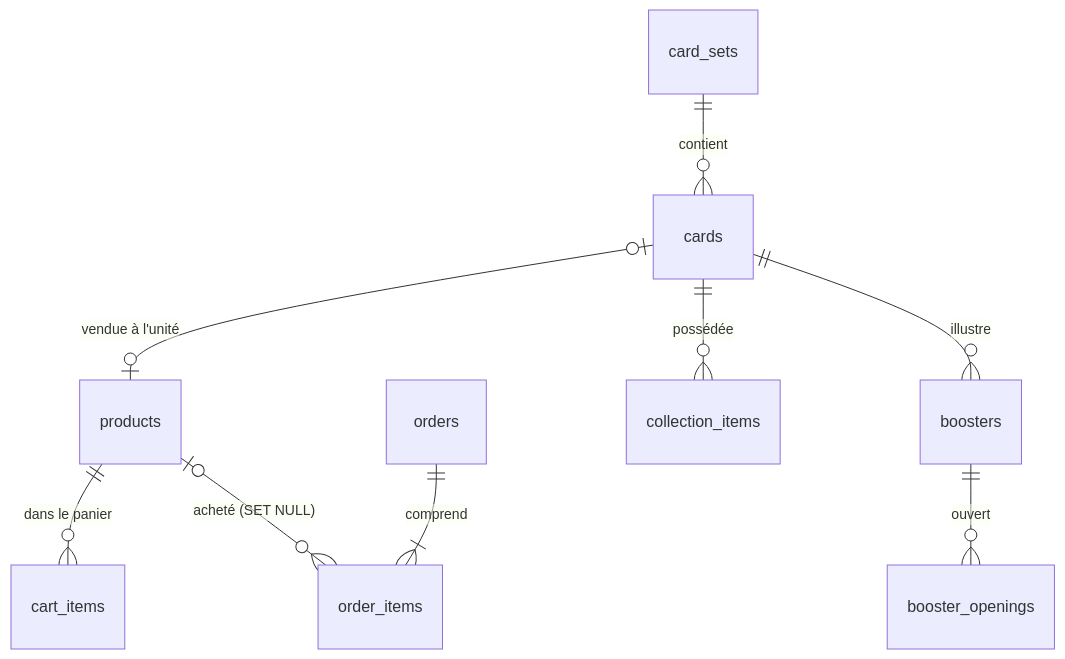
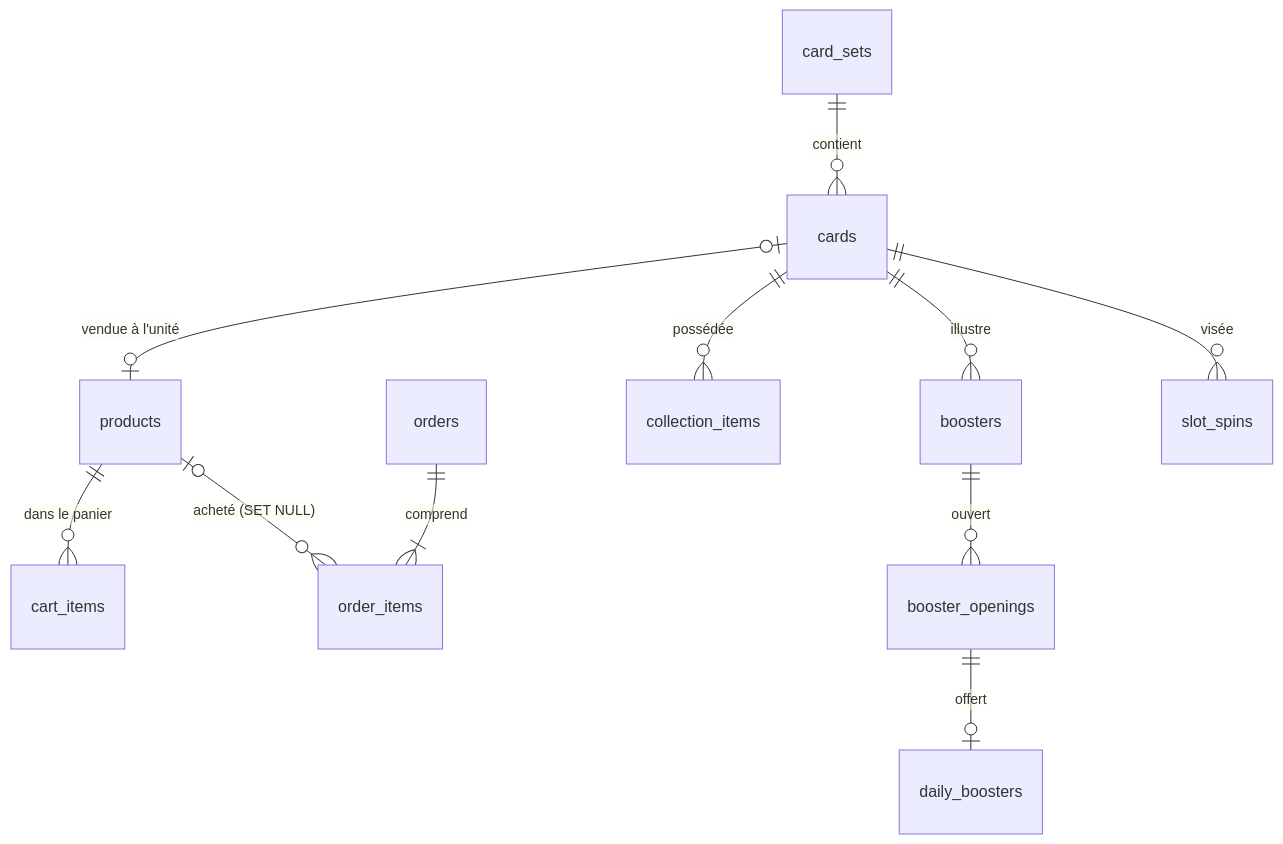
Before and after one commit to redarcepsi/workshop-novashop: the second of 3 diagrams in documents/modele-de-donnees.md, drawn with Mermaid. The commit also changed other lines of this file and 26 other files, not shown here.

````diff
--- a/documents/modele-de-donnees.md
+++ b/documents/modele-de-donnees.md
@@ -46,11 +47,13 @@
 ```mermaid
 erDiagram
     card_sets ||--o{ cards : contient
     cards |o--o| products : "vendue à l'unité"
     products ||--o{ cart_items : "dans le panier"
     orders ||--|{ order_items : comprend
     products |o--o{ order_items : "acheté (SET NULL)"
     cards ||--o{ collection_items : "possédée"
     cards ||--o{ boosters : "illustre"
     boosters ||--o{ booster_openings : "ouvert"
+    booster_openings ||--o| daily_boosters : "offert"
+    cards ||--o{ slot_spins : "visée"
 ```
````
